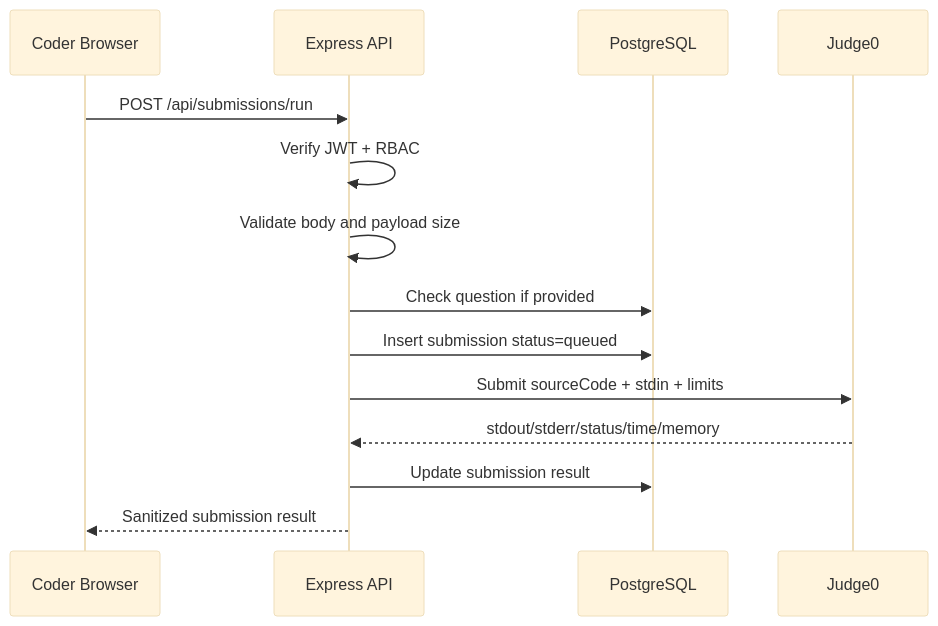
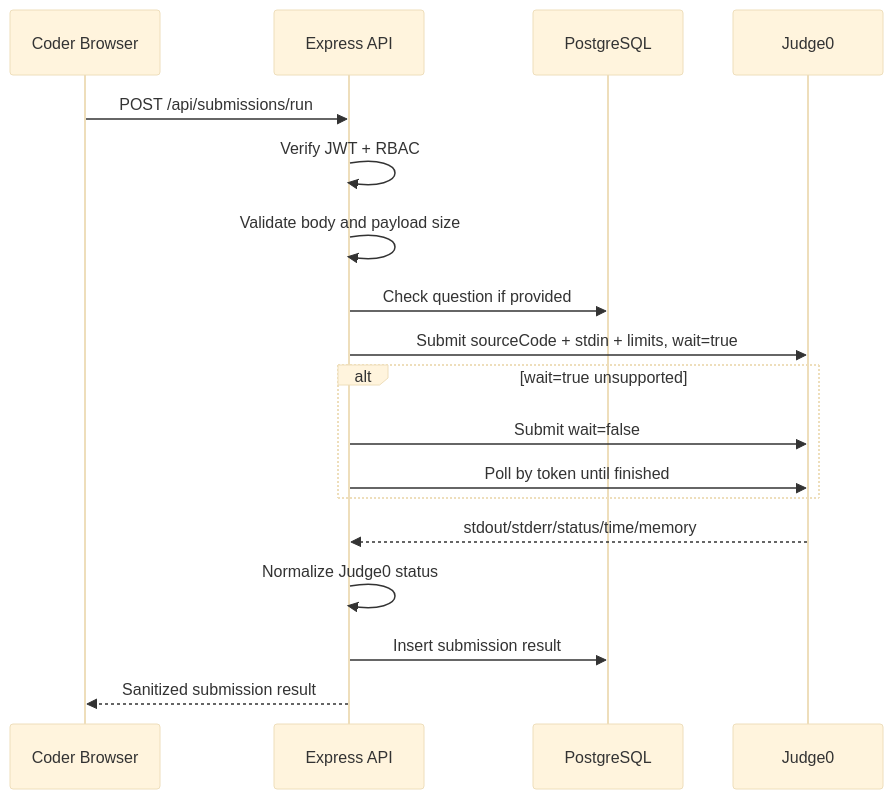
Before and after one commit to thinh2711/IDE_Online: the first of 2 diagrams in docs/week-5-lld.md, drawn with Mermaid (base theme). The commit also changed other lines of this file and 7 other files, not shown here.

````diff
--- a/docs/week-5-lld.md
+++ b/docs/week-5-lld.md
@@ -254,17 +263,21 @@
 ```mermaid
 sequenceDiagram
   participant C as Coder Browser
   participant API as Express API
   participant DB as PostgreSQL
   participant J as Judge0
 
   C->>API: POST /api/submissions/run
   API->>API: Verify JWT + RBAC
   API->>API: Validate body and payload size
   API->>DB: Check question if provided
-  API->>DB: Insert submission status=queued
-  API->>J: Submit sourceCode + stdin + limits
+  API->>J: Submit sourceCode + stdin + limits, wait=true
+  alt wait=true unsupported
+    API->>J: Submit wait=false
+    API->>J: Poll by token until finished
+  end
   J-->>API: stdout/stderr/status/time/memory
-  API->>DB: Update submission result
+  API->>API: Normalize Judge0 status
+  API->>DB: Insert submission result
   API-->>C: Sanitized submission result
 ```
````
